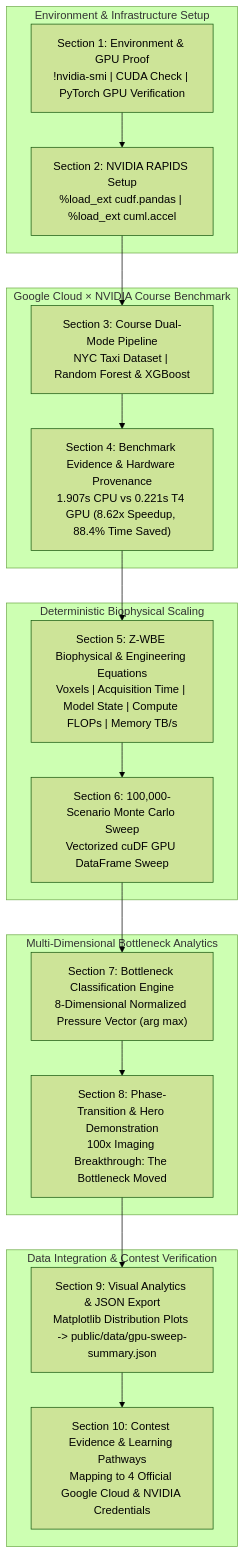
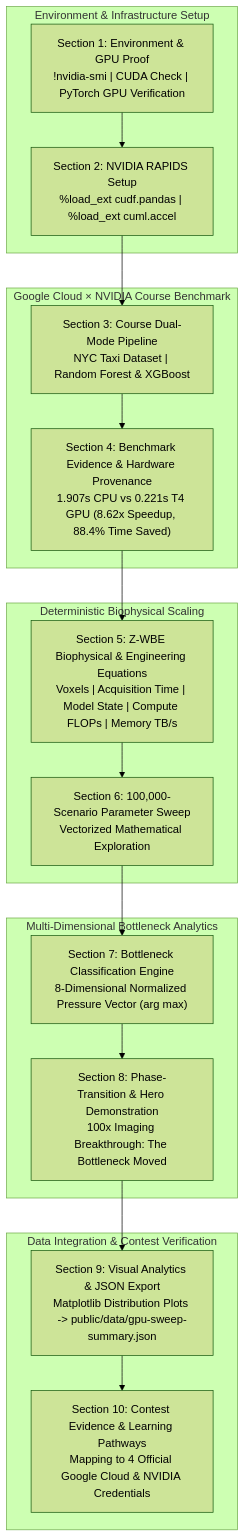
One commit to zrt219/Z-WBE-Bottleneck-Lab changed the third of 3 diagrams in README.md. Above: the diagram before and after it, drawn with Mermaid (forest theme). The commit also changed other lines of this file and 15 other files, not shown here.

````diff
--- a/README.md
+++ b/README.md
@@ -639,36 +643,36 @@
 ```mermaid
 flowchart TD
     subgraph EnvSetup ["Environment & Infrastructure Setup"]
         S1["Section 1: Environment & GPU Proof<br/>!nvidia-smi | CUDA Check | PyTorch GPU Verification"]
         S2["Section 2: NVIDIA RAPIDS Setup<br/>%load_ext cudf.pandas | %load_ext cuml.accel"]
         S1 --> S2
     end
 
     subgraph CourseBenchmark ["Google Cloud × NVIDIA Course Benchmark"]
         S3["Section 3: Course Dual-Mode Pipeline<br/>NYC Taxi Dataset | Random Forest & XGBoost"]
         S4["Section 4: Benchmark Evidence & Hardware Provenance<br/>1.907s CPU vs 0.221s T4 GPU (8.62x Speedup, 88.4% Time Saved)"]
         S2 --> S3
         S3 --> S4
     end
 
     subgraph ZWBEModel ["Deterministic Biophysical Scaling"]
         S5["Section 5: Z-WBE Biophysical & Engineering Equations<br/>Voxels | Acquisition Time | Model State | Compute FLOPs | Memory TB/s"]
-        S6["Section 6: 100,000-Scenario Monte Carlo Sweep<br/>Vectorized cuDF GPU DataFrame Sweep"]
+        S6["Section 6: 100,000-Scenario Parameter Sweep<br/>Vectorized Mathematical Exploration"]
         S4 --> S5
         S5 --> S6
     end
 
     subgraph BottleneckAnalytics ["Multi-Dimensional Bottleneck Analytics"]
         S7["Section 7: Bottleneck Classification Engine<br/>8-Dimensional Normalized Pressure Vector (arg max)"]
         S8["Section 8: Phase-Transition & Hero Demonstration<br/>100x Imaging Breakthrough: The Bottleneck Moved"]
         S6 --> S7
         S7 --> S8
     end
 
     subgraph IntegrationExport ["Data Integration & Contest Verification"]
         S9["Section 9: Visual Analytics & JSON Export<br/>Matplotlib Distribution Plots -> public/data/gpu-sweep-summary.json"]
         S10["Section 10: Contest Evidence & Learning Pathways<br/>Mapping to 4 Official Google Cloud & NVIDIA Credentials"]
         S8 --> S9
         S9 --> S10
     end
 ```
````
